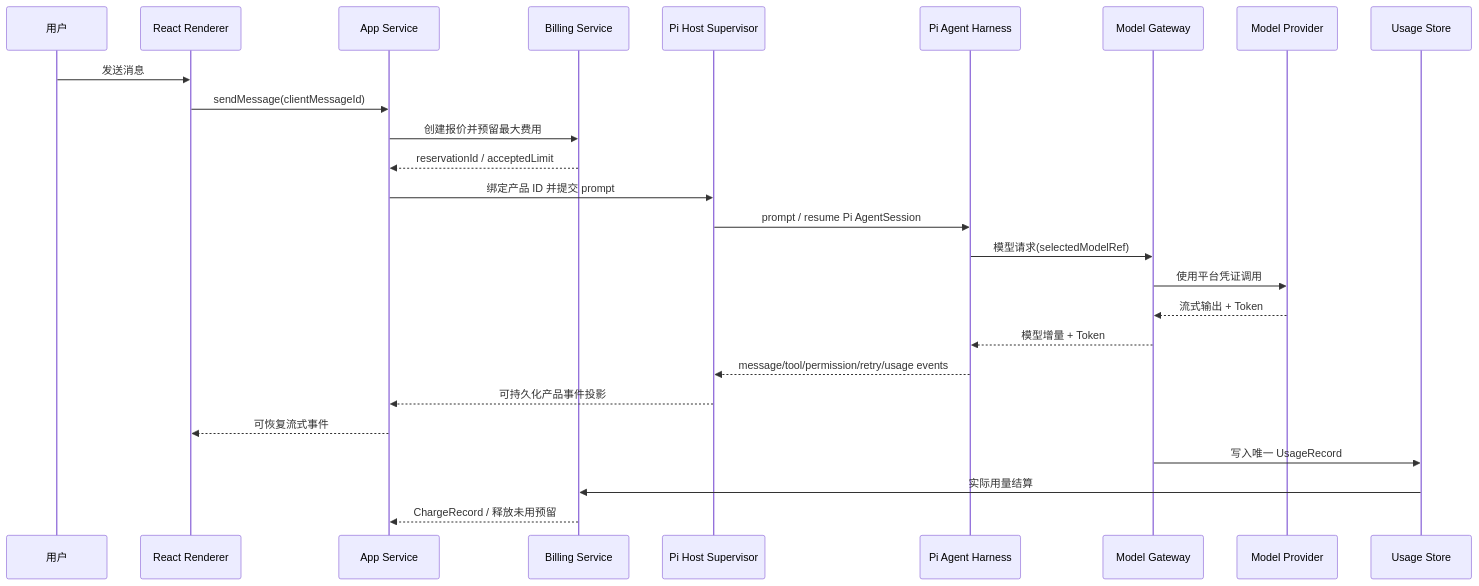
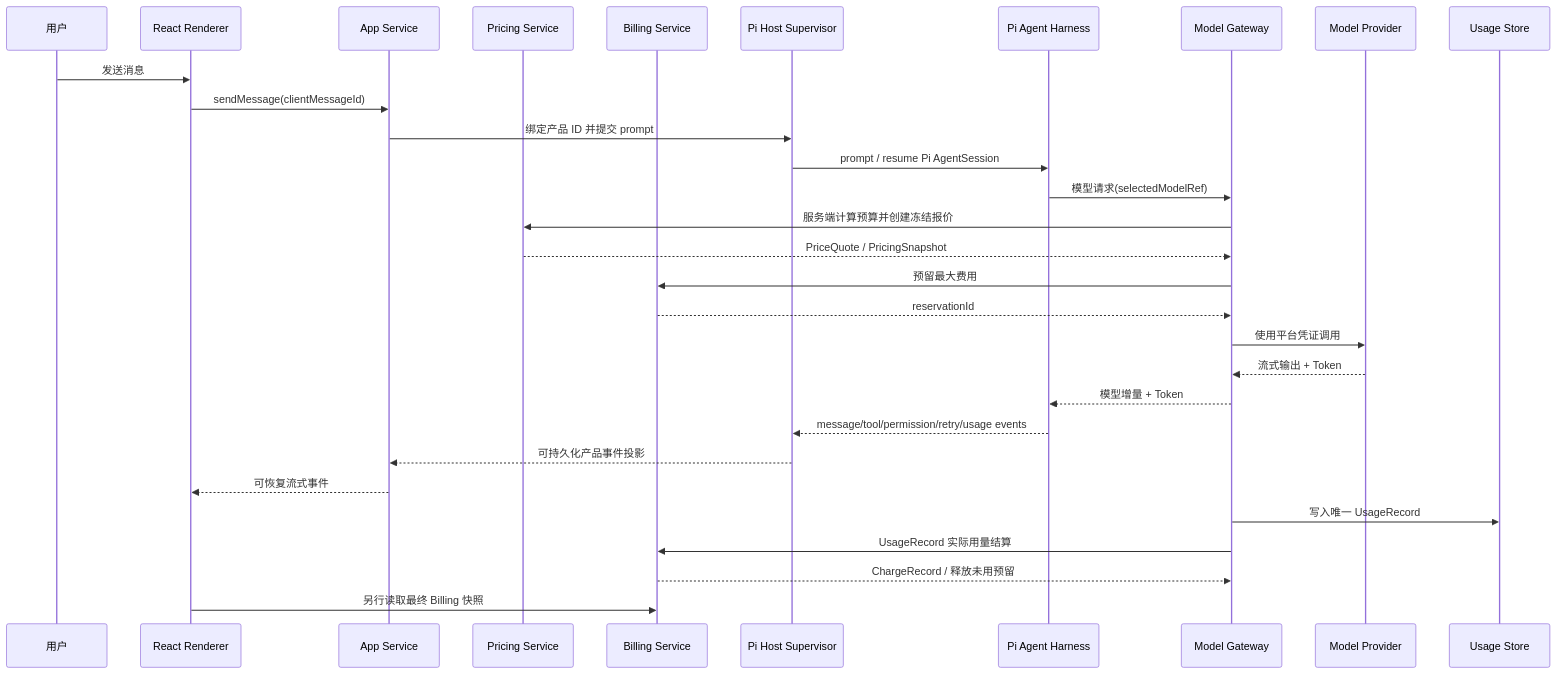
One commit to openerserver/openerx changed the fifth of 7 diagrams in docs/v2/14-overall-architecture.md. Above: the diagram before and after it, drawn with Mermaid. The commit also changed other lines of this file and 62 other files, not shown here.

````diff
--- a/docs/v2/14-overall-architecture.md
+++ b/docs/v2/14-overall-architecture.md
@@ -198,29 +229,33 @@
 ```mermaid
 sequenceDiagram
   participant U as 用户
   participant UI as React Renderer
   participant APP as App Service
+  participant PRICE as Pricing Service
   participant BILL as Billing Service
   participant SUP as Pi Host Supervisor
   participant PI as Pi Agent Harness
   participant GW as Model Gateway
   participant MODEL as Model Provider
   participant USAGE as Usage Store
 
   U->>UI: 发送消息
   UI->>APP: sendMessage(clientMessageId)
-  APP->>BILL: 创建报价并预留最大费用
-  BILL-->>APP: reservationId / acceptedLimit
   APP->>SUP: 绑定产品 ID 并提交 prompt
   SUP->>PI: prompt / resume Pi AgentSession
   PI->>GW: 模型请求(selectedModelRef)
+  GW->>PRICE: 服务端计算预算并创建冻结报价
+  PRICE-->>GW: PriceQuote / PricingSnapshot
+  GW->>BILL: 预留最大费用
+  BILL-->>GW: reservationId
   GW->>MODEL: 使用平台凭证调用
   MODEL-->>GW: 流式输出 + Token
   GW-->>PI: 模型增量 + Token
   PI-->>SUP: message/tool/permission/retry/usage events
   SUP-->>APP: 可持久化产品事件投影
   APP-->>UI: 可恢复流式事件
   GW->>USAGE: 写入唯一 UsageRecord
-  USAGE->>BILL: 实际用量结算
-  BILL-->>APP: ChargeRecord / 释放未用预留
+  GW->>BILL: UsageRecord 实际用量结算
+  BILL-->>GW: ChargeRecord / 释放未用预留
+  UI->>BILL: 另行读取最终 Billing 快照
 ```
````
